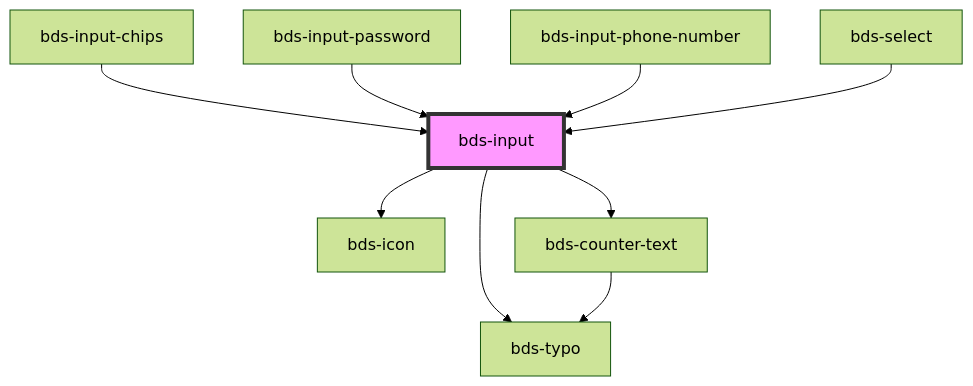
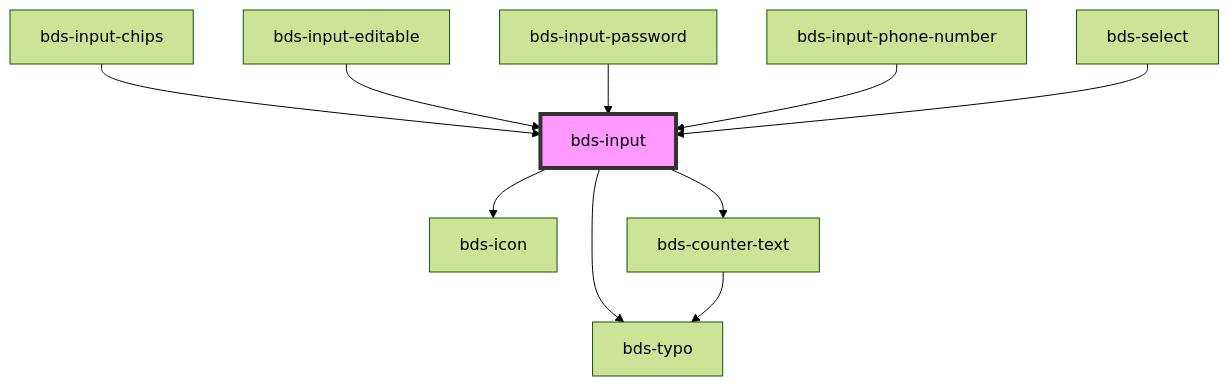
The diagram in src/components/input/readme.md (takenet/blip-ds), drawn with Mermaid (forest theme) before and after one commit. The commit also changed other lines of this file and 11 other files, not shown here.

Commit message:
feat(component): input_editable_component

````diff
--- a/src/components/input/readme.md
+++ b/src/components/input/readme.md
@@ -126,12 +135,13 @@
 ```mermaid
 graph TD;
   bds-input --> bds-icon
   bds-input --> bds-typo
   bds-input --> bds-counter-text
   bds-counter-text --> bds-typo
   bds-input-chips --> bds-input
+  bds-input-editable --> bds-input
   bds-input-password --> bds-input
   bds-input-phone-number --> bds-input
   bds-select --> bds-input
   style bds-input fill:#f9f,stroke:#333,stroke-width:4px
 ```
````
